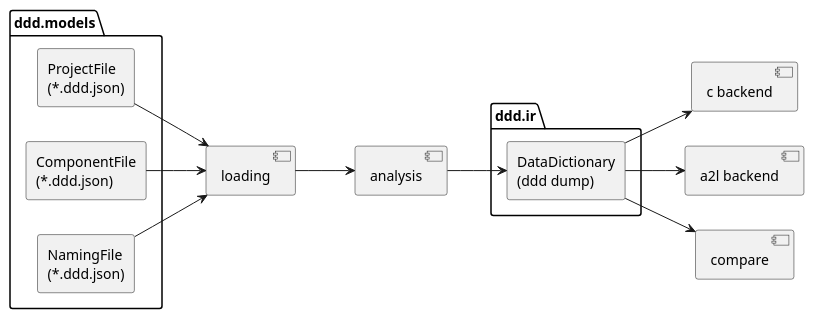
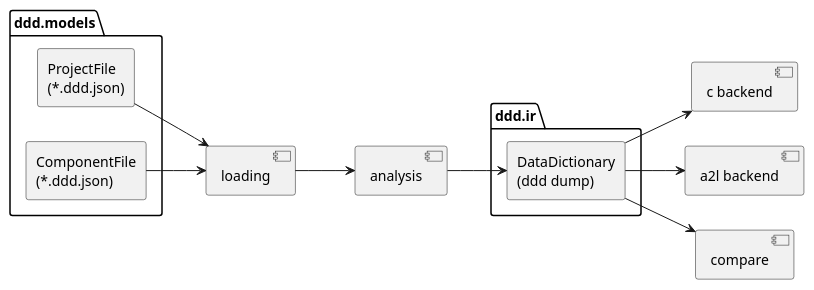
One commit to Sauci/ddd changed the diagram in docs/data_contracts.rst. Above: the diagram before and after it, drawn with PlantUML. The commit also changed other lines of this file and 51 other files, not shown here.

```diff
--- a/docs/data_contracts.rst
+++ b/docs/data_contracts.rst
@@ -21,28 +21,26 @@
 .. uml::
 
    left to right direction
 
    package "ddd.models" {
        rectangle "ProjectFile\n(*.ddd.json)" as project_model
        rectangle "ComponentFile\n(*.ddd.json)" as component_model
-       rectangle "NamingFile\n(*.ddd.json)" as naming_model
    }
 
    package "ddd.ir" {
        rectangle "DataDictionary\n(ddd dump)" as dictionary_model
    }
 
    component "loading" as loader
    component "analysis" as analysis
    component "c backend" as c_backend
    component "a2l backend" as a2l_backend
    component "compare" as comparison
 
    project_model --> loader
    component_model --> loader
-   naming_model --> loader
    loader --> analysis
    analysis --> dictionary_model
    dictionary_model --> c_backend
    dictionary_model --> a2l_backend
    dictionary_model --> comparison
```
